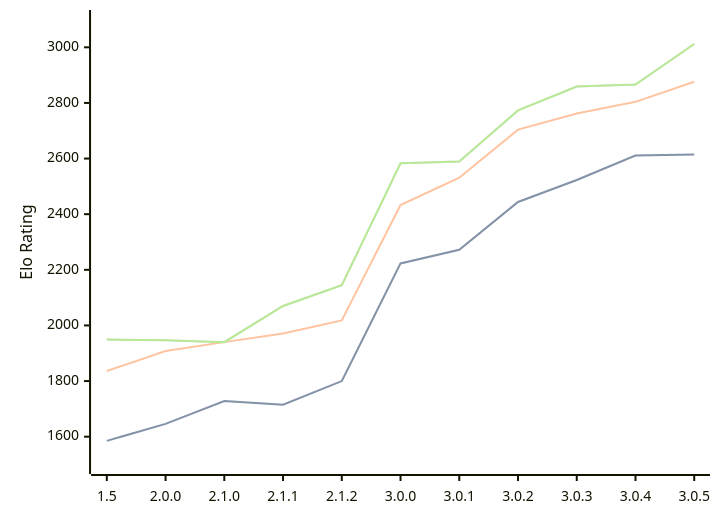
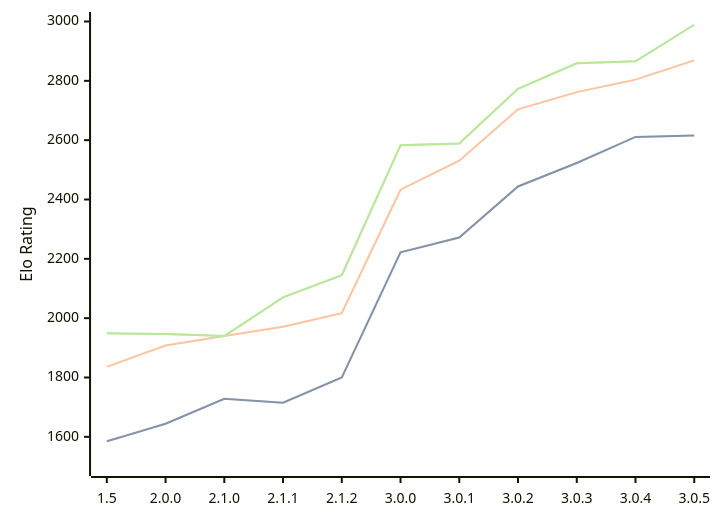
Before and after one commit to computer-chess-index/cci: the diagram in engines/Rudim.md, drawn with Mermaid. The commit also changed other lines of this file, not shown here.

Commit message:
Update CCI Ratings (ELO VLTC) - 2026-07-21

````diff
--- a/engines/Rudim.md
+++ b/engines/Rudim.md
@@ -50,11 +50,11 @@
 ```mermaid
 %%{init: {"theme":"base","themeVariables":{"seriesColors:['#a3a3a3','#222221','#faa371']}}}%%
 xychart-beta
   x-axis ["1.5", "2.0.0", "2.1.0", "2.1.1", "2.1.2", "3.0.0", "3.0.1", "3.0.2", "3.0.3", "3.0.4", "3.0.5"]
-  y-axis "Elo Rating" 1500 --> 3100
-  line "STC (8.0+0.08s)" [1585, 1646, 1728, 1715, 1800, 2223, 2272, 2444, 2523, 2611, 2615]
-  line "STC (8.0+0.08s)" [1585, 1646, 1728, 1715, 1800, 2223, 2272, 2444, 2523, 2611, 2615]
-  line "LTC (60.0+0.60s)" [1836, 1908, 1940, 1971, 2018, 2433, 2531, 2704, 2762, 2804, 2876]
-  line "VLTC (2m24s+1.12s)" [1949, 1947, 1940, 2070, 2145, 2583, 2589, 2773, 2859, 2866, 3012]
-  line "VLTC (2m24s+1.12s)" [1949, 1947, 1940, 2070, 2145, 2583, 2589, 2773, 2859, 2866, 3012]
+  y-axis "Elo Rating" 1500 --> 3000
+  line "STC (8.0+0.08s)" [1585, 1644, 1728, 1715, 1800, 2222, 2272, 2444, 2523, 2611, 2616]
+  line "STC (8.0+0.08s)" [1585, 1644, 1728, 1715, 1800, 2222, 2272, 2444, 2523, 2611, 2616]
+  line "LTC (60.0+0.60s)" [1836, 1908, 1940, 1971, 2017, 2433, 2531, 2704, 2762, 2804, 2869]
+  line "VLTC (2m24s+1.12s)" [1949, 1947, 1940, 2070, 2145, 2583, 2589, 2773, 2859, 2866, 2989]
+  line "VLTC (2m24s+1.12s)" [1949, 1947, 1940, 2070, 2145, 2583, 2589, 2773, 2859, 2866, 2989]
 ```
````
